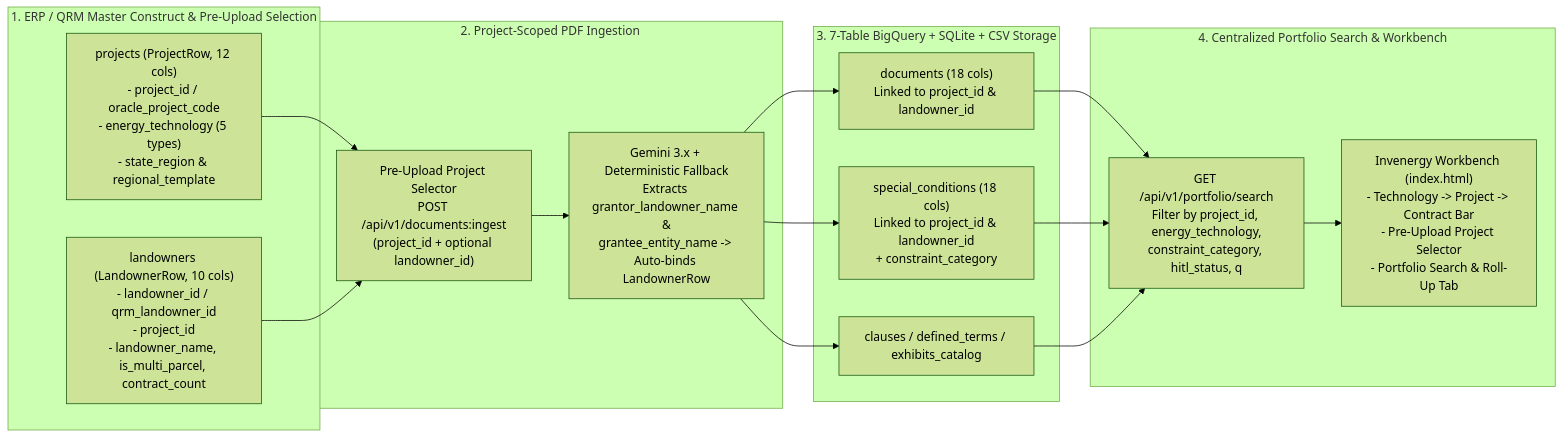
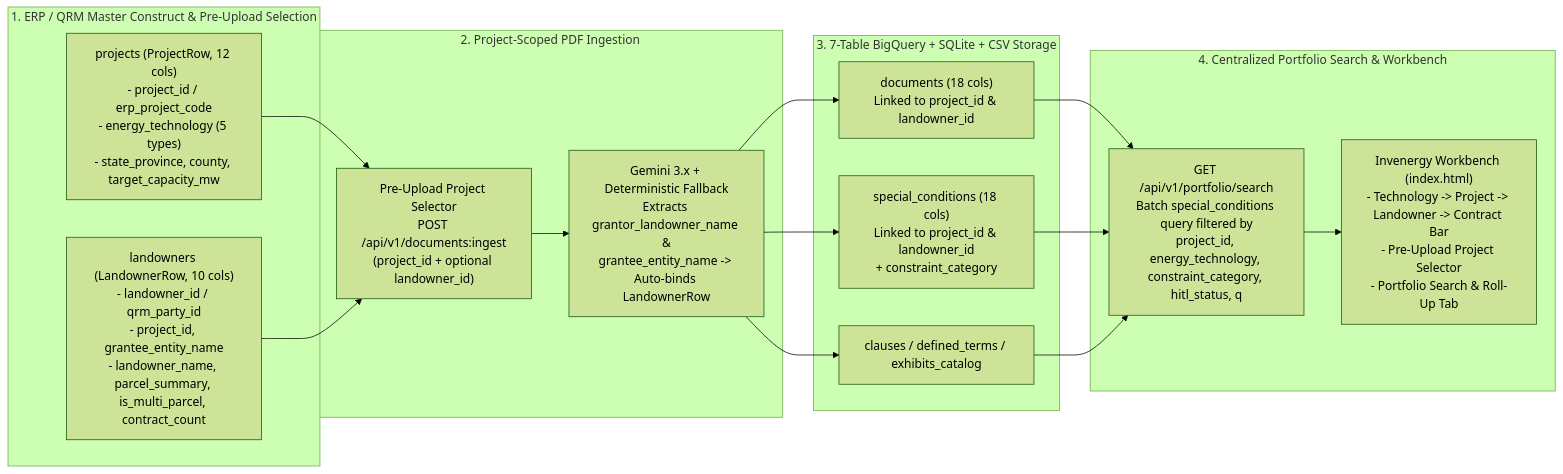
The diagram in Design/CR2_PROJECT_PORTFOLIO_HIERARCHY.md (aprasanna13/InvEnergy), drawn with Mermaid (forest theme) before and after one commit. The commit also changed other lines of this file and 11 other files, not shown here.

````diff
--- a/Design/CR2_PROJECT_PORTFOLIO_HIERARCHY.md
+++ b/Design/CR2_PROJECT_PORTFOLIO_HIERARCHY.md
@@ -29,34 +29,34 @@
 ```mermaid
 flowchart LR
     subgraph ERP["1. ERP / QRM Master Construct & Pre-Upload Selection"]
-        PRJ["projects (ProjectRow, 12 cols)\n- project_id / oracle_project_code\n- energy_technology (5 types)\n- state_region & regional_template"]
-        LND["landowners (LandownerRow, 10 cols)\n- landowner_id / qrm_landowner_id\n- project_id\n- landowner_name, is_multi_parcel, contract_count"]
+        PRJ["projects (ProjectRow, 12 cols)\n- project_id / erp_project_code\n- energy_technology (5 types)\n- state_province, county, target_capacity_mw"]
+        LND["landowners (LandownerRow, 10 cols)\n- landowner_id / qrm_party_id\n- project_id, grantee_entity_name\n- landowner_name, parcel_summary, is_multi_parcel, contract_count"]
     end
 
     subgraph Ingest["2. Project-Scoped PDF Ingestion"]
         UP["Pre-Upload Project Selector\nPOST /api/v1/documents:ingest\n(project_id + optional landowner_id)"]
         GEM["Gemini 3.x + Deterministic Fallback\nExtracts grantor_landowner_name &\ngrantee_entity_name -> Auto-binds LandownerRow"]
     end
 
     subgraph Storage["3. 7-Table BigQuery + SQLite + CSV Storage"]
         DOC["documents (18 cols)\nLinked to project_id & landowner_id"]
         SC["special_conditions (18 cols)\nLinked to project_id & landowner_id\n+ constraint_category"]
         CL["clauses / defined_terms / exhibits_catalog"]
     end
 
     subgraph SearchUI["4. Centralized Portfolio Search & Workbench"]
-        API["GET /api/v1/portfolio/search\nFilter by project_id, energy_technology,\nconstraint_category, hitl_status, q"]
-        UI["Invenergy Workbench (index.html)\n- Technology -> Project -> Contract Bar\n- Pre-Upload Project Selector\n- Portfolio Search & Roll-Up Tab"]
+        API["GET /api/v1/portfolio/search\nBatch special_conditions query filtered by\nproject_id, energy_technology, constraint_category, hitl_status, q"]
+        UI["Invenergy Workbench (index.html)\n- Technology -> Project -> Landowner -> Contract Bar\n- Pre-Upload Project Selector\n- Portfolio Search & Roll-Up Tab"]
     end
 
     PRJ --> UP
     LND --> UP
     UP --> GEM
     GEM --> DOC
     GEM --> SC
     GEM --> CL
     DOC --> API
     SC --> API
     CL --> API
     API --> UI
 ```
````
